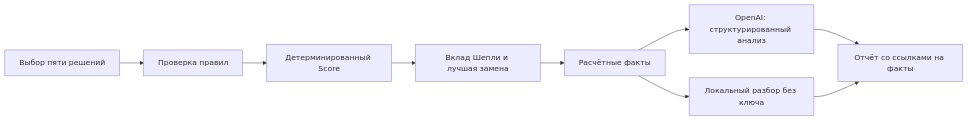
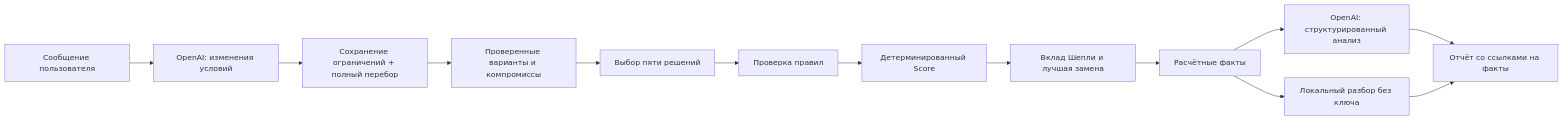
One commit to BAITC-Hacks/hack-46aa131a-chrollo changed the diagram in README.md. Above: the diagram before and after it, drawn with Mermaid. The commit also changed other lines of this file and 30 other files, not shown here.

````diff
--- a/README.md
+++ b/README.md
@@ -68,11 +94,15 @@
 ```mermaid
 flowchart LR
+  U[Сообщение пользователя] --> I[OpenAI: изменения условий]
+  I --> P[Сохранение ограничений + полный перебор]
+  P --> V[Проверенные варианты и компромиссы]
+  V --> A
   A[Выбор пяти решений] --> B[Проверка правил]
   B --> C[Детерминированный Score]
   C --> D[Вклад Шепли и лучшая замена]
   D --> E[Расчётные факты]
   E --> F[OpenAI: структурированный анализ]
   E --> G[Локальный разбор без ключа]
   F --> H[Отчёт со ссылками на факты]
   G --> H
 ```
````
